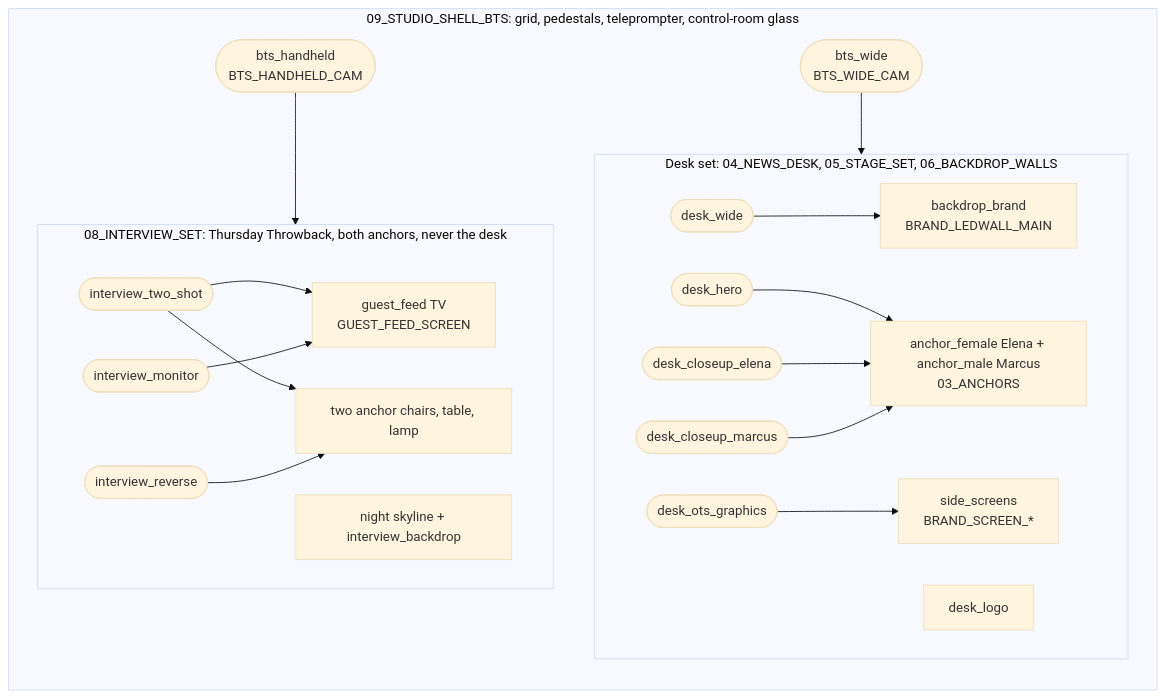
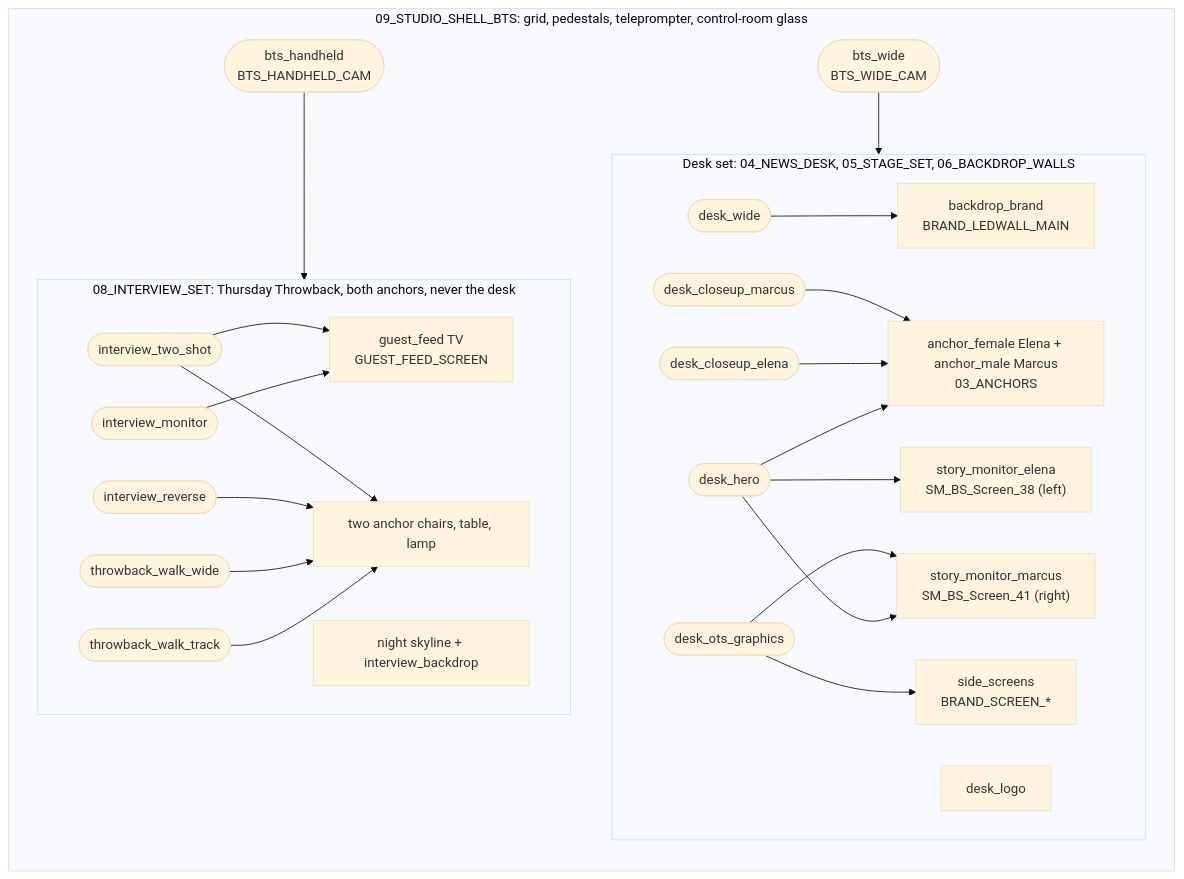
One commit to Snapwave333/Clearly-Drawn-News changed the second of 2 diagrams in docs/BLENDER_STUDIO.md. Above: the diagram before and after it, drawn with Mermaid (base theme). The commit also changed other lines of this file and 1 other file, not shown here.

Commit message:
docs: weekend_update style, story visuals, throwback sequence, updated diagrams

````diff
--- a/docs/BLENDER_STUDIO.md
+++ b/docs/BLENDER_STUDIO.md
@@ -54,37 +71,46 @@
 ```mermaid
 flowchart LR
     subgraph SHELL["09_STUDIO_SHELL_BTS: grid, pedestals, teleprompter, control-room glass"]
         BTSW(["bts_wide<br/>BTS_WIDE_CAM"])
         BTSH(["bts_handheld<br/>BTS_HANDHELD_CAM"])
         subgraph DESK["Desk set: 04_NEWS_DESK, 05_STAGE_SET, 06_BACKDROP_WALLS"]
             WALL["backdrop_brand<br/>BRAND_LEDWALL_MAIN"]
             SIDE["side_screens<br/>BRAND_SCREEN_*"]
+            SM38["story_monitor_elena<br/>SM_BS_Screen_38 (left)"]
+            SM41["story_monitor_marcus<br/>SM_BS_Screen_41 (right)"]
             ANCH["anchor_female Elena + anchor_male Marcus<br/>03_ANCHORS"]
             LOGO["desk_logo"]
             HERO(["desk_hero"])
             WIDE(["desk_wide"])
             CUE(["desk_closeup_elena"])
             CUM(["desk_closeup_marcus"])
             OTS(["desk_ots_graphics"])
         end
         subgraph IV["08_INTERVIEW_SET: Thursday Throwback, both anchors, never the desk"]
             TV["guest_feed TV<br/>GUEST_FEED_SCREEN"]
             SKY["night skyline + interview_backdrop"]
             CH["two anchor chairs, table, lamp"]
             TWO(["interview_two_shot"])
+            WW(["throwback_walk_wide"])
+            WT(["throwback_walk_track"])
             REV(["interview_reverse"])
             MON(["interview_monitor"])
         end
     end
     HERO --> ANCH
+    HERO --> SM38
+    HERO --> SM41
+    OTS --> SM41
     WIDE --> WALL
     CUE --> ANCH
     CUM --> ANCH
     OTS --> SIDE
     TWO --> CH
     TWO --> TV
     REV --> CH
     MON --> TV
+    WW --> CH
+    WT --> CH
     BTSW --> DESK
     BTSH --> IV
 ```
````
